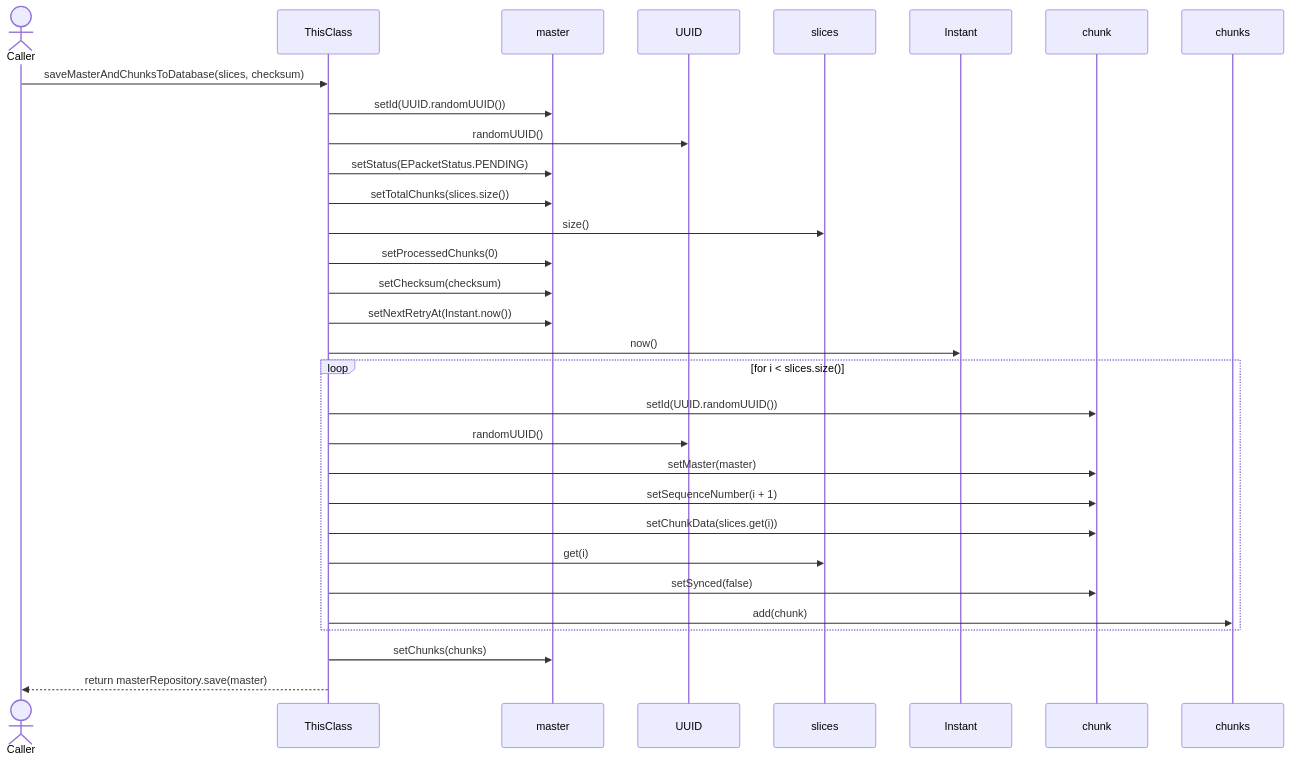
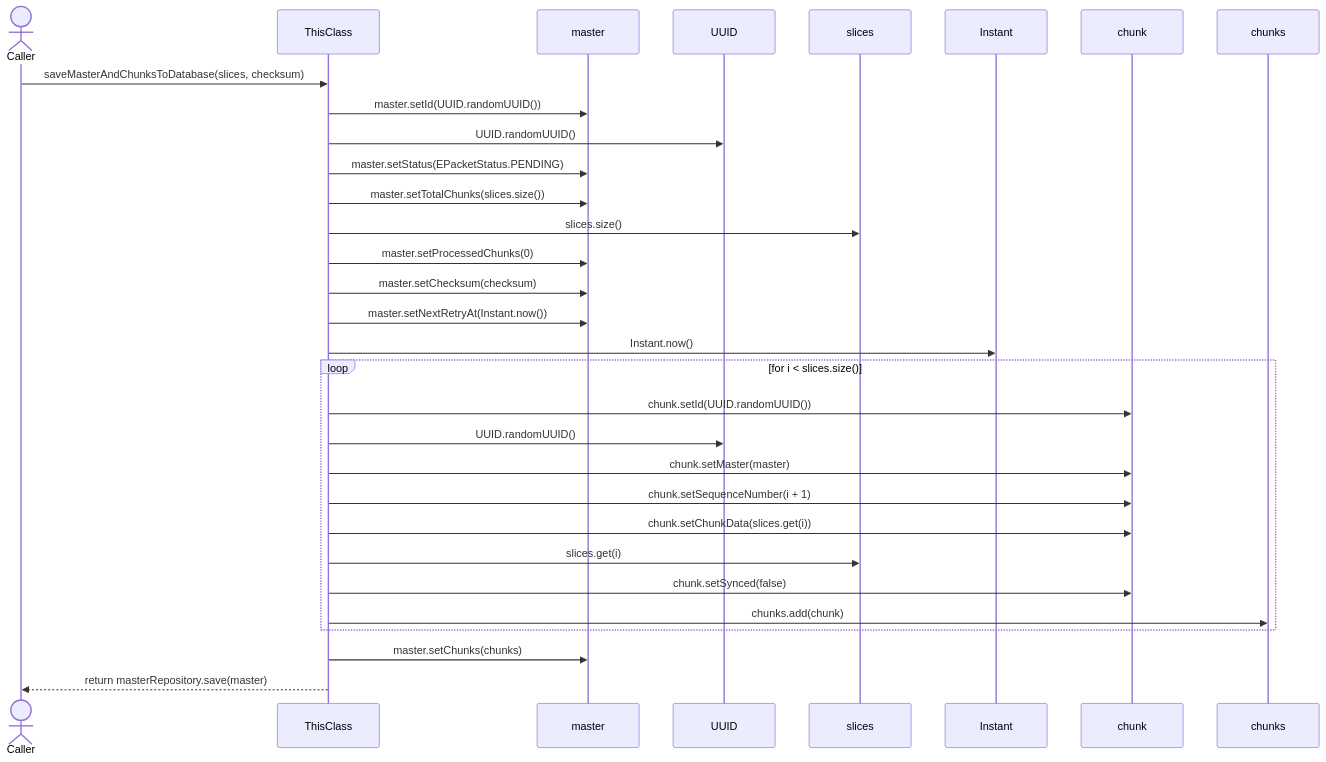
Before and after one commit to FelipeMCassiano/geanky: diagram 11 of 16 in docs/CloudSyncUploadService.md, drawn with Mermaid. The commit also changed other lines of this file and 6 other files, not shown here.

````diff
--- a/docs/CloudSyncUploadService.md
+++ b/docs/CloudSyncUploadService.md
@@ -831,35 +831,35 @@
 ```mermaid
 sequenceDiagram
     actor Caller
     participant ThisClass
     participant master
     participant UUID
     participant slices
     participant Instant
     participant chunk
     participant chunks
 
     Caller->>ThisClass: saveMasterAndChunksToDatabase(slices, checksum)
-    ThisClass->>master: setId(UUID.randomUUID())
-    ThisClass->>UUID: randomUUID()
-    ThisClass->>master: setStatus(EPacketStatus.PENDING)
-    ThisClass->>master: setTotalChunks(slices.size())
-    ThisClass->>slices: size()
-    ThisClass->>master: setProcessedChunks(0)
-    ThisClass->>master: setChecksum(checksum)
-    ThisClass->>master: setNextRetryAt(Instant.now())
-    ThisClass->>Instant: now()
+    ThisClass->>master: master.setId(UUID.randomUUID())
+    ThisClass->>UUID: UUID.randomUUID()
+    ThisClass->>master: master.setStatus(EPacketStatus.PENDING)
+    ThisClass->>master: master.setTotalChunks(slices.size())
+    ThisClass->>slices: slices.size()
+    ThisClass->>master: master.setProcessedChunks(0)
+    ThisClass->>master: master.setChecksum(checksum)
+    ThisClass->>master: master.setNextRetryAt(Instant.now())
+    ThisClass->>Instant: Instant.now()
     loop for i < slices.size()
-    ThisClass->>chunk: setId(UUID.randomUUID())
-    ThisClass->>UUID: randomUUID()
-    ThisClass->>chunk: setMaster(master)
-    ThisClass->>chunk: setSequenceNumber(i + 1)
-    ThisClass->>chunk: setChunkData(slices.get(i))
-    ThisClass->>slices: get(i)
-    ThisClass->>chunk: setSynced(false)
-    ThisClass->>chunks: add(chunk)
+    ThisClass->>chunk: chunk.setId(UUID.randomUUID())
+    ThisClass->>UUID: UUID.randomUUID()
+    ThisClass->>chunk: chunk.setMaster(master)
+    ThisClass->>chunk: chunk.setSequenceNumber(i + 1)
+    ThisClass->>chunk: chunk.setChunkData(slices.get(i))
+    ThisClass->>slices: slices.get(i)
+    ThisClass->>chunk: chunk.setSynced(false)
+    ThisClass->>chunks: chunks.add(chunk)
     end
-    ThisClass->>master: setChunks(chunks)
+    ThisClass->>master: master.setChunks(chunks)
     ThisClass-->>Caller: return masterRepository.save(master)
 
 ```
````
